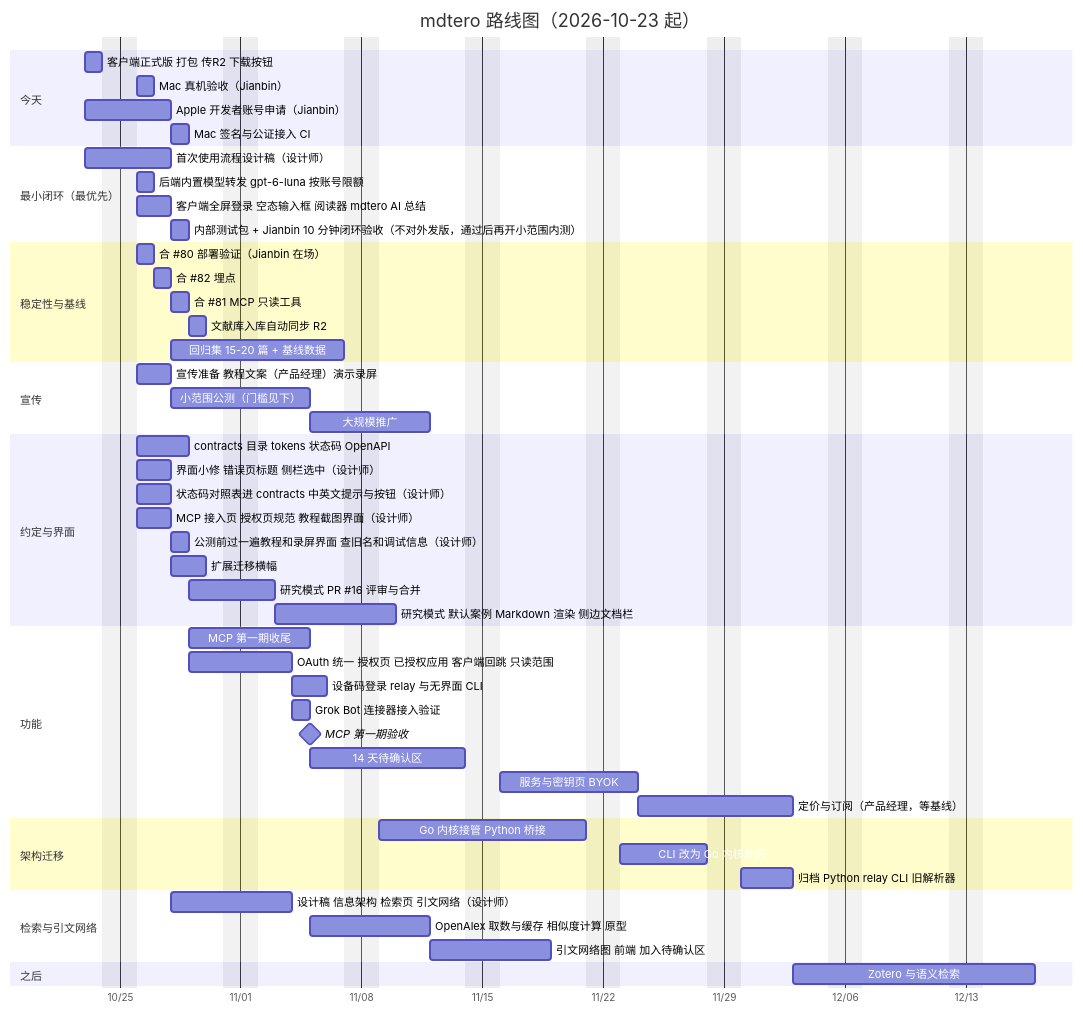
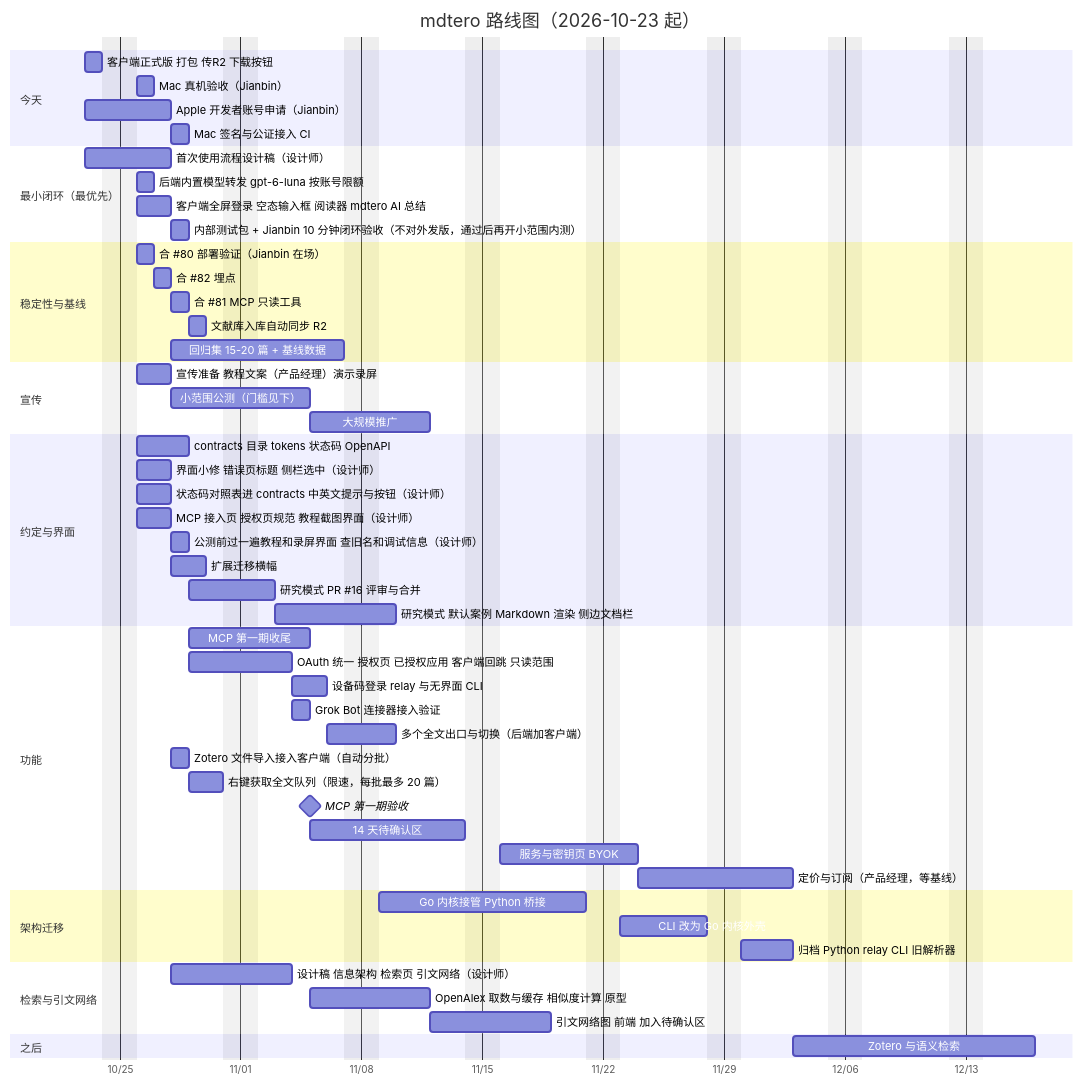
One commit to JonbinC/doi2md changed the diagram in docs/roadmap/gantt.md. Above: the diagram before and after it, drawn with Mermaid.

Commit message:
docs: gantt adds full-text routes, Zotero import, fetch queue

````diff
--- a/docs/roadmap/gantt.md
+++ b/docs/roadmap/gantt.md
@@ -2,55 +2,58 @@
 ```mermaid
 gantt
     title mdtero 路线图（2026-10-23 起）
     dateFormat YYYY-MM-DD
     axisFormat %m/%d
     excludes weekends
     section 今天
     客户端正式版 打包 传R2 下载按钮      :a1, 2026-10-23, 1d
     Mac 真机验收（Jianbin）               :a2, after a1, 1d
     Apple 开发者账号申请（Jianbin）       :a3, 2026-10-23, 3d
     Mac 签名与公证接入 CI                 :a4, after a3, 1d
     section 最小闭环（最优先）
     首次使用流程设计稿（设计师）           :m1, 2026-10-23, 3d
     后端内置模型转发 gpt-6-luna 按账号限额  :m2, 2026-10-26, 1d
     客户端全屏登录 空态输入框 阅读器 mdtero AI 总结 :m3, 2026-10-26, 2d
     内部测试包 + Jianbin 10 分钟闭环验收（不对外发版，通过后再开小范围内测） :m4, after m3, 1d
     section 稳定性与基线
     合 #80 部署验证（Jianbin 在场）        :b1, 2026-10-26, 1d
     合 #82 埋点                           :b2, after b1, 1d
     合 #81 MCP 只读工具                   :b3, after b2, 1d
     文献库入库自动同步 R2                  :b5, after b3, 1d
     回归集 15-20 篇 + 基线数据             :b4, after b2, 8d
     section 宣传
     宣传准备 教程文案（产品经理）演示录屏    :p1, 2026-10-26, 2d
     小范围公测（门槛见下）                 :p2, 2026-10-28, 6d
     大规模推广                            :p3, after d4, 5d
     section 约定与界面
     contracts 目录 tokens 状态码 OpenAPI  :c1, 2026-10-26, 3d
     界面小修 错误页标题 侧栏选中（设计师） :c2, 2026-10-26, 2d
     状态码对照表进 contracts 中英文提示与按钮（设计师） :c5, 2026-10-26, 2d
     MCP 接入页 授权页规范 教程截图界面（设计师） :c6, 2026-10-26, 2d
     公测前过一遍教程和录屏界面 查旧名和调试信息（设计师） :c7, after c6, 1d
     扩展迁移横幅                          :c4, 2026-10-28, 2d
     研究模式 PR #16 评审与合并             :c3, after c1, 3d
     研究模式 默认案例 Markdown 渲染 侧边文档栏 :c8, after c3, 5d
     section 功能
     MCP 第一期收尾                         :d1, after b3, 5d
     OAuth 统一 授权页 已授权应用 客户端回跳 只读范围 :o1, after b3, 4d
     设备码登录 relay 与无界面 CLI               :o2, after o1, 2d
     Grok Bot 连接器接入验证                    :g1, after o1, 1d
+    多个全文出口与切换（后端加客户端）          :r1, after o2, 2d
+    Zotero 文件导入接入客户端（自动分批）       :z1, after m3, 1d
+    右键获取全文队列（限速，每批最多 20 篇）     :z2, after z1, 2d
     MCP 第一期验收                         :milestone, d4, after d1 o1 g1 a4, 0d
     14 天待确认区                          :d2, after d4, 7d
     服务与密钥页 BYOK                      :d3, after d2, 6d
     定价与订阅（产品经理，等基线）          :d5, after d3, 7d
     section 架构迁移
     Go 内核接管 Python 桥接                :e1, 2026-11-09, 10d
     CLI 改为 Go 内核外壳                   :e2, after e1, 5d
     归档 Python relay CLI 旧解析器         :e3, after e2, 3d
     section 检索与引文网络
     设计稿 信息架构 检索页 引文网络（设计师） :s1, 2026-10-28, 5d
     OpenAlex 取数与缓存 相似度计算 原型       :s2, after d4, 5d
     引文网络图 前端 加入待确认区               :s3, after s2, 5d
     section 之后
     Zotero 与语义检索                      :f1, after d5, 10d
 ```
````
